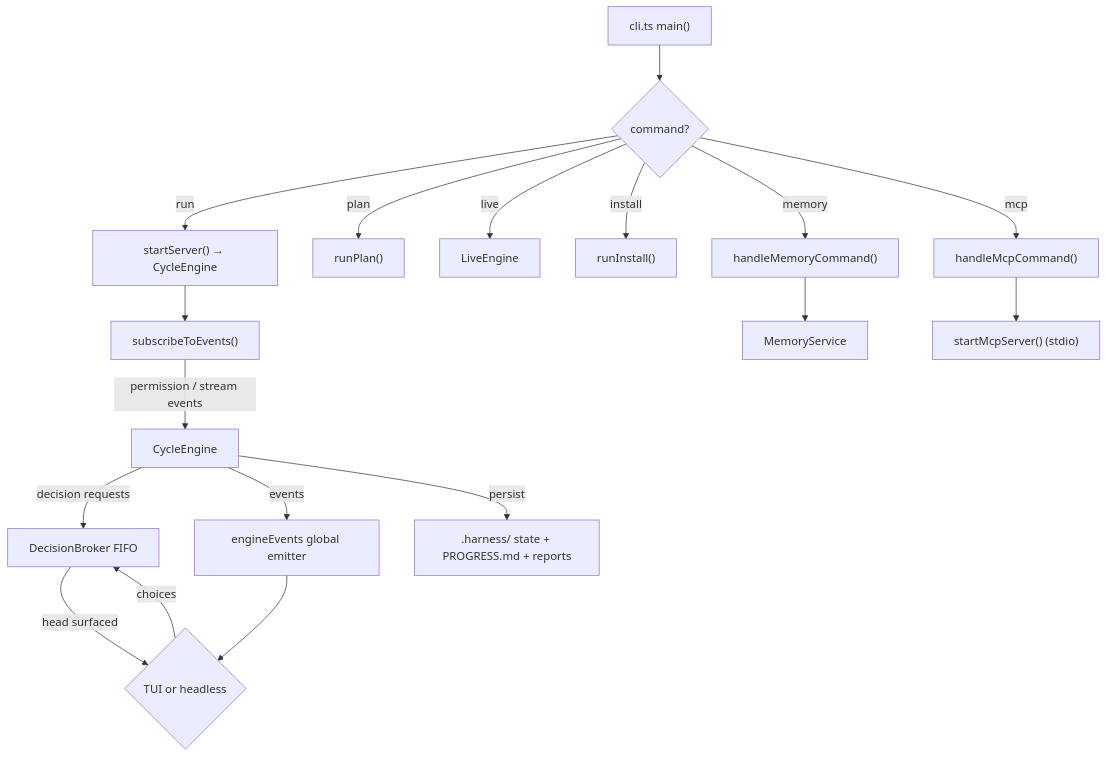
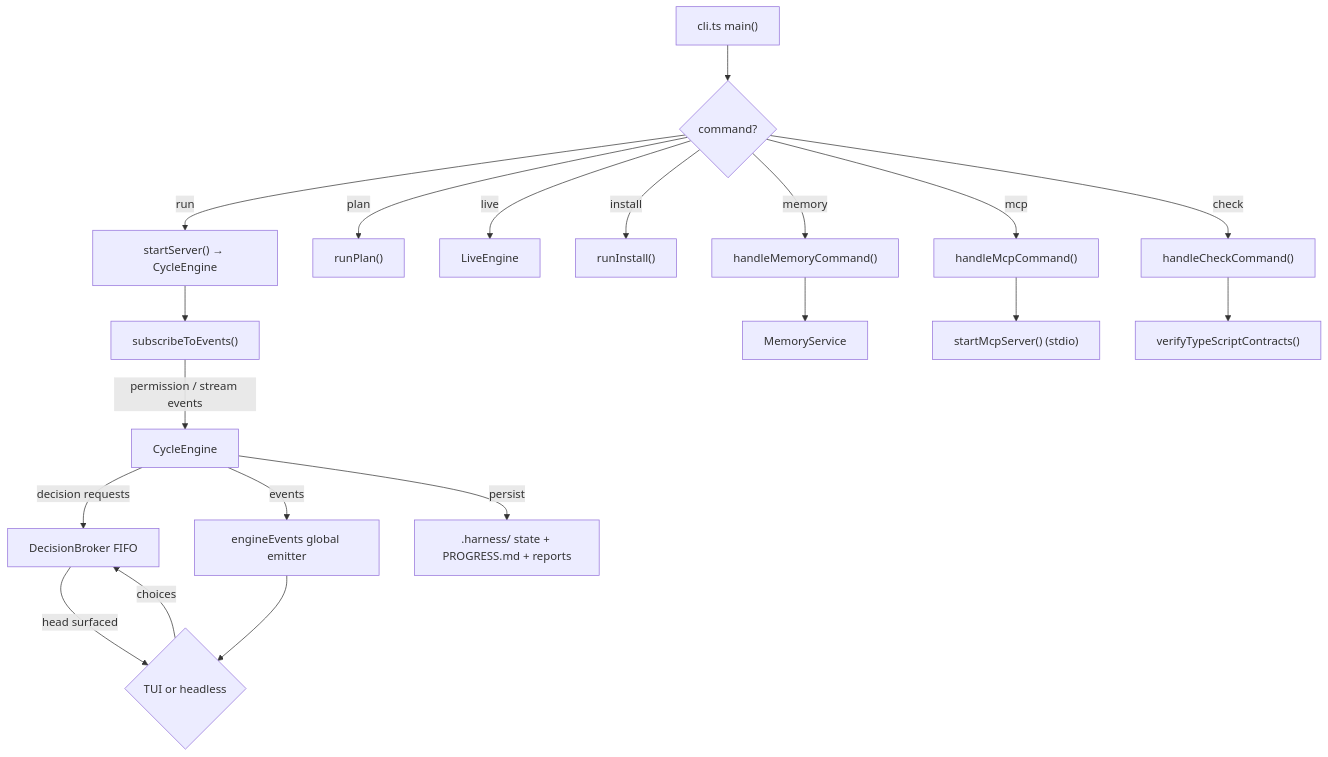
The first of 18 diagrams in DESIGN.md (dahch/huginn), drawn with Mermaid before and after one commit. The commit also changed other lines of this file, not shown here.

Commit message:
docs(design): document Phase 2 architecture, compiler contracts, and AST indexer

````diff
--- a/DESIGN.md
+++ b/DESIGN.md
@@ -84,22 +92,24 @@
 ```mermaid
 flowchart TD
     CLI["cli.ts main()"] --> CMD{"command?"}
     CMD -- "run" --> RUN["startServer() → CycleEngine"]
     CMD -- "plan" --> PLAN["runPlan()"]
     CMD -- "live" --> LIVE["LiveEngine"]
     CMD -- "install" --> INST["runInstall()"]
     CMD -- "memory" --> MEM["handleMemoryCommand()"]
     CMD -- "mcp" --> MCP["handleMcpCommand()"]
+    CMD -- "check" --> CHK["handleCheckCommand()"]
 
     MEM --> MS["MemoryService"]
     MCP --> SRV["startMcpServer() (stdio)"]
+    CHK --> TC["verifyTypeScriptContracts()"]
 
     RUN --> SEV["subscribeToEvents()"]
     SEV -- permission / stream events --> CE["CycleEngine"]
     CE -- decision requests --> DB["DecisionBroker FIFO"]
     DB -- head surfaced --> FE{"TUI or headless"}
     FE -- choices --> DB
     CE -- events --> EE["engineEvents global emitter"]
     EE --> FE
     CE -- persist --> HAR[".harness/ state + PROGRESS.md + reports"]
 ```
````
